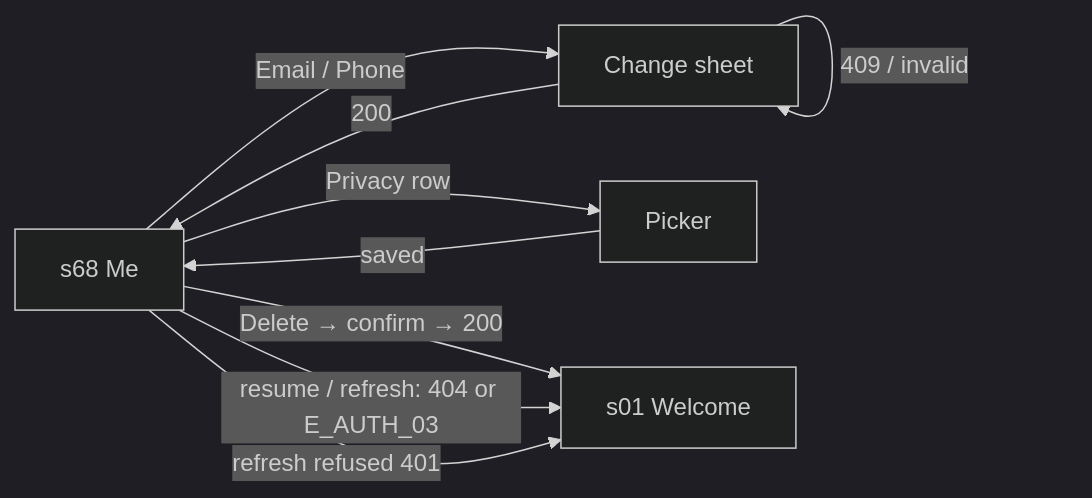
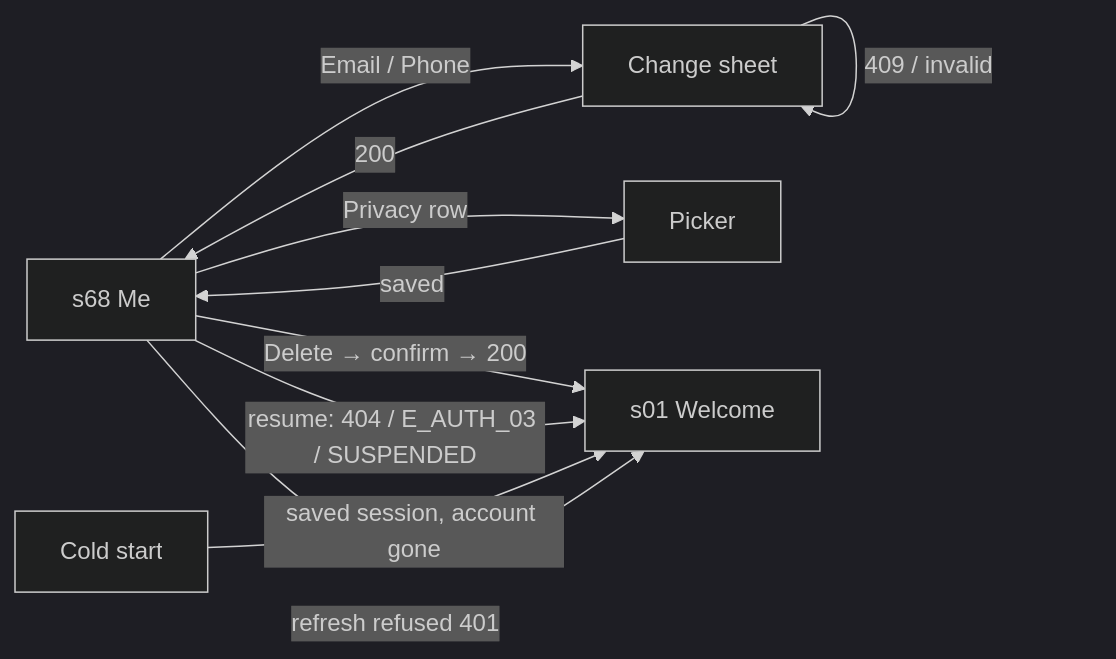
One commit to Khaled-Edlbi/social-pin-docs changed the diagram in social-pin/modules/Identity Core/features/Account/flow/QF-04 Account QA Frontend.md. Above: the diagram before and after it, drawn with Mermaid (dark theme). The commit also changed other lines of this file and 4 other files, not shown here.

````diff
--- a/social-pin/modules/Identity Core/features/Account/flow/QF-04 Account QA Frontend.md
+++ b/social-pin/modules/Identity Core/features/Account/flow/QF-04 Account QA Frontend.md
@@ -74,11 +142,12 @@
 ```mermaid
 flowchart LR
   s68[s68 Me] -->|Email / Phone| sheet[Change sheet]
   sheet -->|200| s68
   sheet -->|409 / invalid| sheet
   s68 -->|Privacy row| picker[Picker]
   picker -->|saved| s68
   s68 -->|Delete → confirm → 200| s01[s01 Welcome]
-  s68 -->|resume / refresh: 404 or E_AUTH_03| s01
+  s68 -->|resume: 404 / E_AUTH_03 / SUSPENDED| s01
+  cold[Cold start] -->|saved session, account gone| s01
   s68 -->|refresh refused 401| s01
 ```
````
